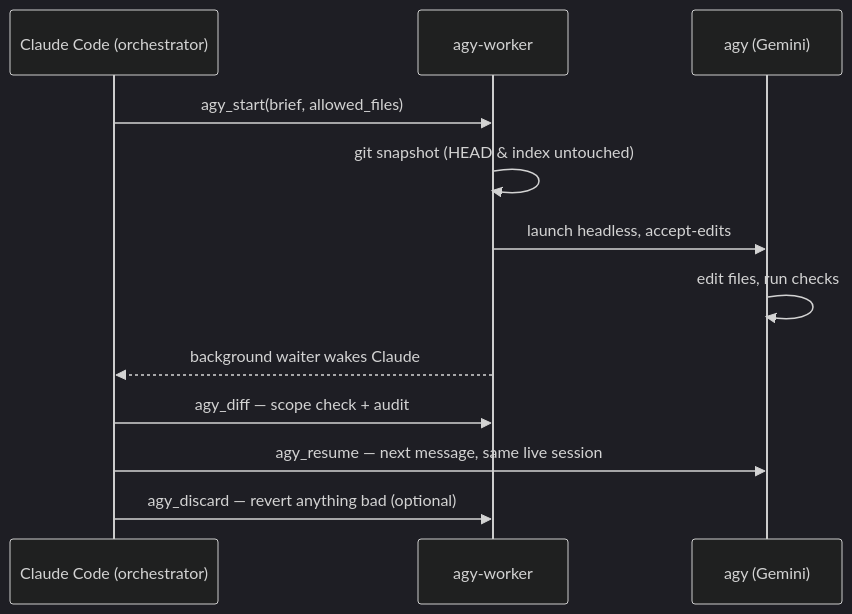
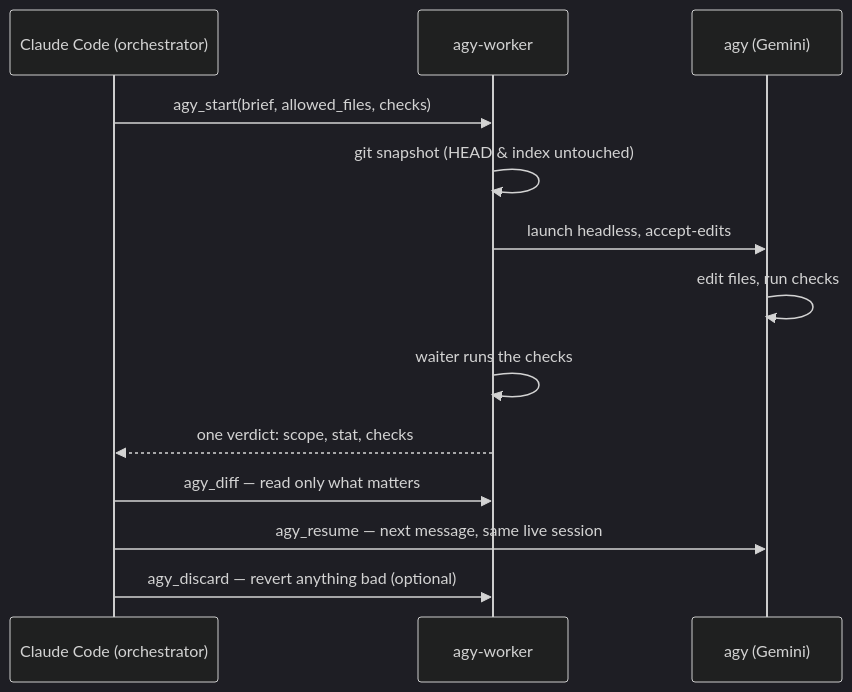
Before and after one commit to Pranavraut033/claude-code-agy-worker: the diagram in README.md, drawn with Mermaid (dark theme). The commit also changed other lines of this file and 6 other files, not shown here.

Commit message:
feat: v0.3.0 — server-run checks and one verdict per round (agy_start checks=, waiter prints the verdict, agy_resume returns wait_cmd); edit detection survives agy's tool renames (1.4.3); skill rewritten around the 3-call loop and cache hygiene; benchmark 3 plan

````diff
--- a/README.md
+++ b/README.md
@@ -19,14 +19,15 @@
 ```mermaid
 sequenceDiagram
     participant Claude as Claude Code (orchestrator)
     participant W as agy-worker
     participant A as agy (Gemini)
-    Claude->>W: agy_start(brief, allowed_files)
+    Claude->>W: agy_start(brief, allowed_files, checks)
     W->>W: git snapshot (HEAD & index untouched)
     W->>A: launch headless, accept-edits
     A->>A: edit files, run checks
-    W-->>Claude: background waiter wakes Claude
-    Claude->>W: agy_diff — scope check + audit
+    W->>W: waiter runs the checks
+    W-->>Claude: one verdict: scope, stat, checks
+    Claude->>W: agy_diff — read only what matters
     Claude->>A: agy_resume — next message, same live session
     Claude->>W: agy_discard — revert anything bad (optional)
 ```
````
